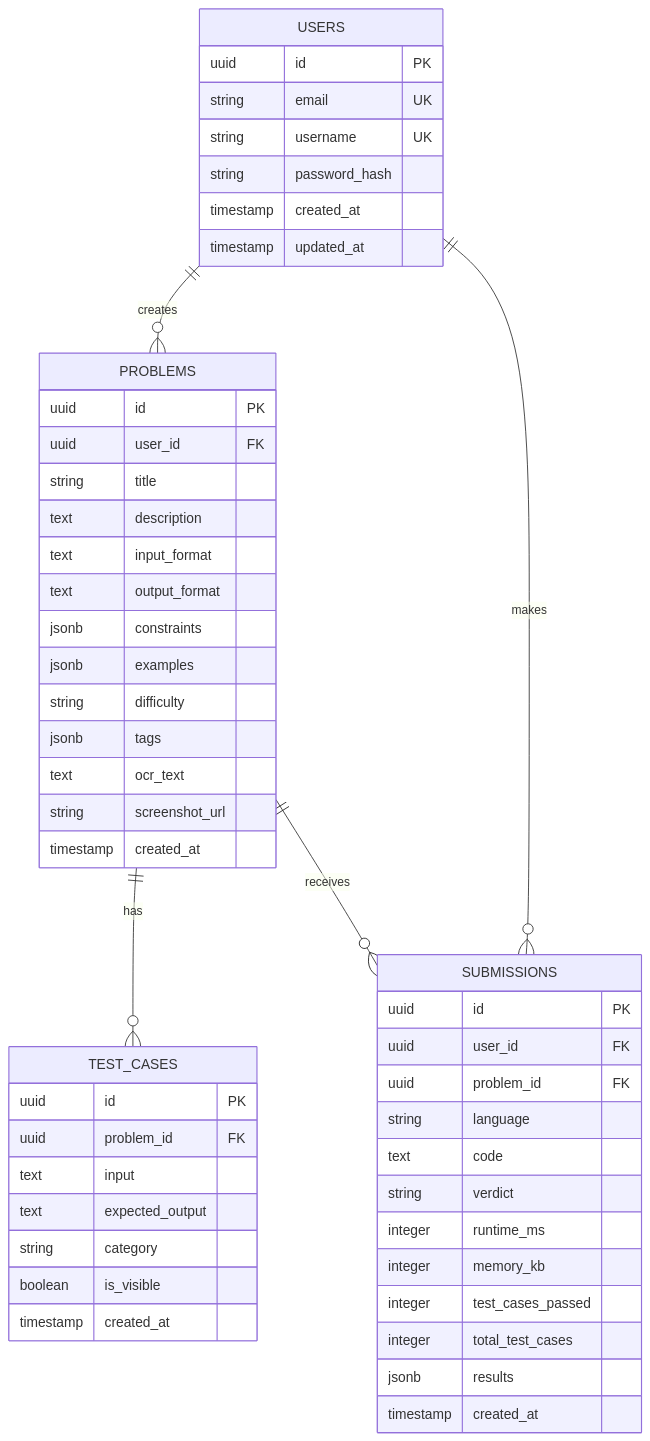
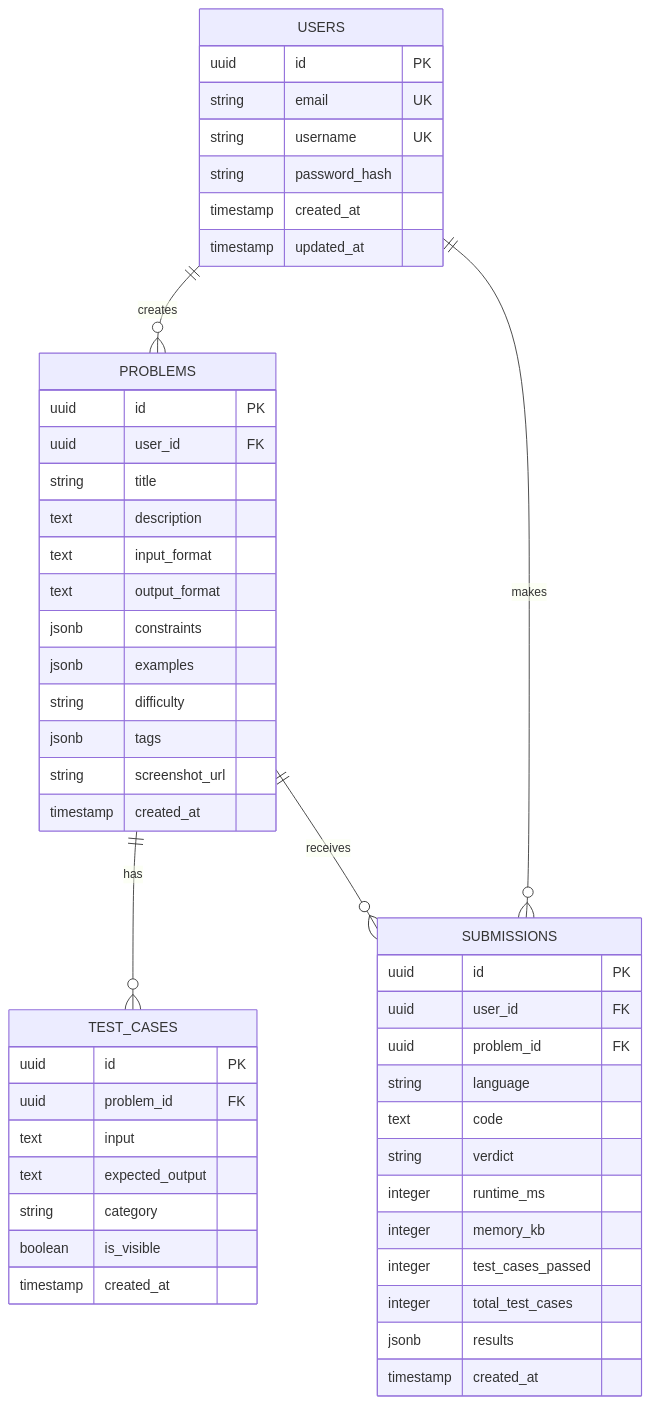
One commit to kartikbhardwaj1111/IntelliJudge-Complete-Project-Analysis-for-Resume changed the second of 2 diagrams in Readme.md. Above: the diagram before and after it, drawn with Mermaid. The commit also changed other lines of this file, not shown here.

````diff
--- a/Readme.md
+++ b/Readme.md
@@ -156,57 +194,56 @@
 ```mermaid
 erDiagram
     USERS ||--o{ PROBLEMS : creates
     USERS ||--o{ SUBMISSIONS : makes
     PROBLEMS ||--o{ TEST_CASES : has
     PROBLEMS ||--o{ SUBMISSIONS : receives
 
     USERS {
         uuid id PK
         string email UK
         string username UK
         string password_hash
         timestamp created_at
         timestamp updated_at
     }
 
     PROBLEMS {
         uuid id PK
         uuid user_id FK
         string title
         text description
         text input_format
         text output_format
         jsonb constraints
         jsonb examples
         string difficulty
         jsonb tags
-        text ocr_text
         string screenshot_url
         timestamp created_at
     }
 
     TEST_CASES {
         uuid id PK
         uuid problem_id FK
         text input
         text expected_output
         string category
         boolean is_visible
         timestamp created_at
     }
 
     SUBMISSIONS {
         uuid id PK
         uuid user_id FK
         uuid problem_id FK
         string language
         text code
         string verdict
         integer runtime_ms
         integer memory_kb
         integer test_cases_passed
         integer total_test_cases
         jsonb results
         timestamp created_at
     }
 ```
````
